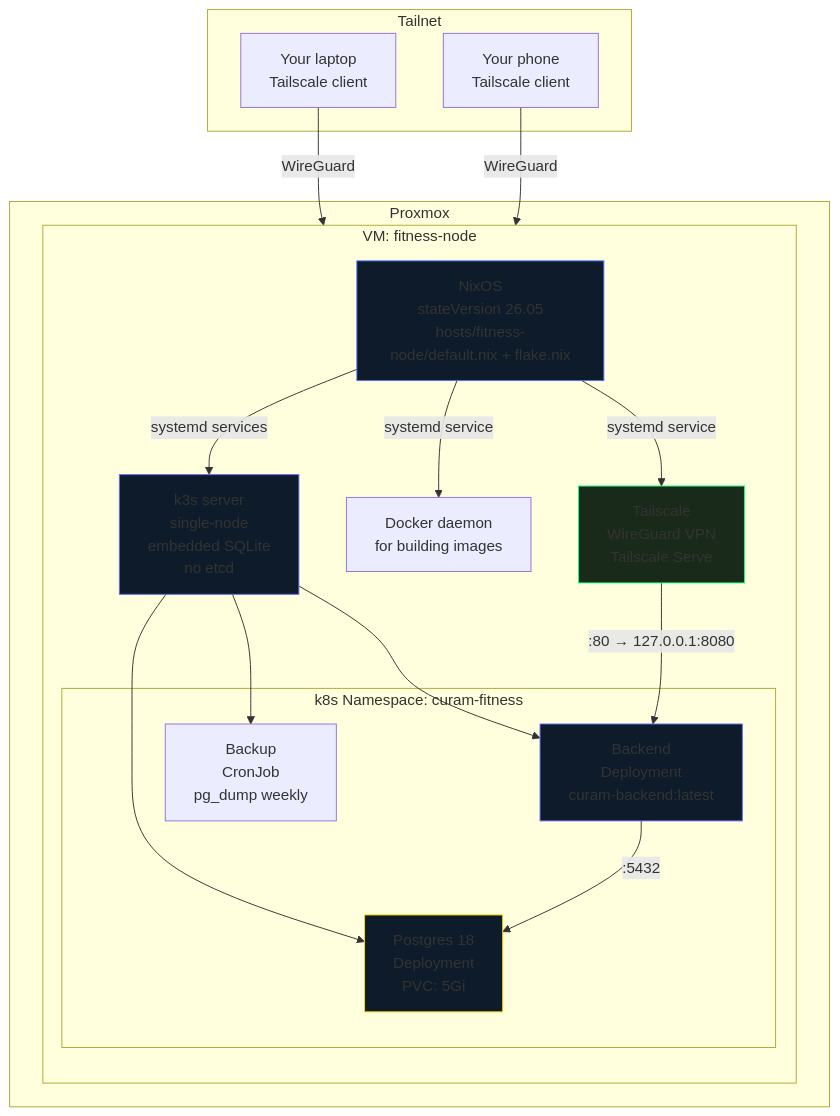
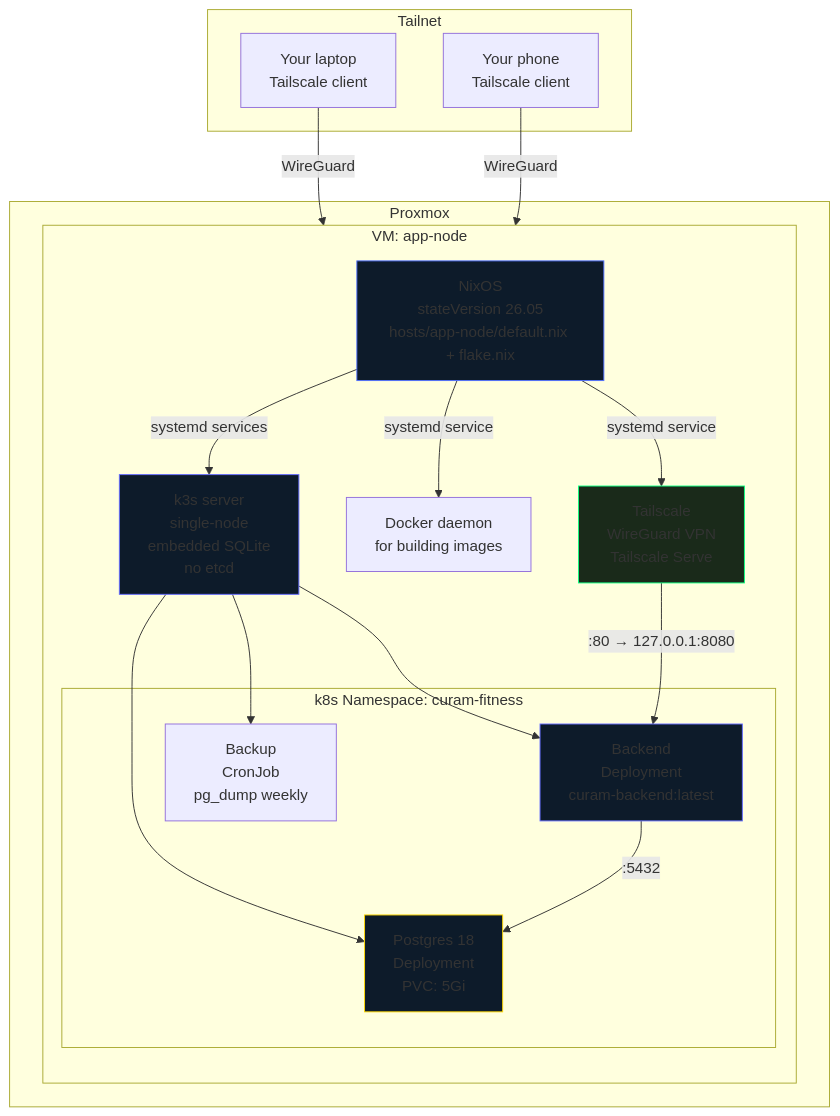
Before and after one commit to darrenmeehan/nix-config: the first of 7 diagrams in docs/architecture.md, drawn with Mermaid. The commit also changed other lines of this file and 26 other files, not shown here.

First line of the commit message:
feat: edge router + mgmt + media hosts, app-node rename, netboot removal

````diff
--- a/docs/architecture.md
+++ b/docs/architecture.md
@@ -10,39 +10,39 @@
 ```mermaid
 graph TB
     subgraph "Proxmox"
-        subgraph "VM: fitness-node"
+        subgraph "VM: app-node"
             direction TB
-            A[NixOS<br/>stateVersion 26.05<br/>hosts/fitness-node/default.nix + flake.nix]
+            A[NixOS<br/>stateVersion 26.05<br/>hosts/app-node/default.nix + flake.nix]
             B[k3s server<br/>single-node<br/>embedded SQLite<br/>no etcd]
             C[Docker daemon<br/>for building images]
             D[Tailscale<br/>WireGuard VPN<br/>Tailscale Serve]
 
             subgraph "k8s Namespace: curam-fitness"
                 E[Postgres 18<br/>Deployment<br/>PVC: 5Gi]
                 F[Backend<br/>Deployment<br/>curam-backend:latest]
                 G[Backup<br/>CronJob<br/>pg_dump weekly]
             end
 
             A -->|systemd services| B
             A -->|systemd service| C
             A -->|systemd service| D
             B --> E
             B --> F
             B --> G
         end
     end
 
     subgraph "Tailnet"
         H[Your laptop<br/>Tailscale client] -->|WireGuard| D
         I[Your phone<br/>Tailscale client] -->|WireGuard| D
     end
 
     D -->|:80 → 127.0.0.1:8080| F
     F -->|:5432| E
 
     style A fill:#0d1b2a,stroke:#5271ff
     style B fill:#0d1b2a,stroke:#646cff
     style D fill:#1a2a1a,stroke:#0fff81
     style E fill:#0d1b2a,stroke:#ffd700
     style F fill:#0d1b2a,stroke:#646cff
 ```
````
